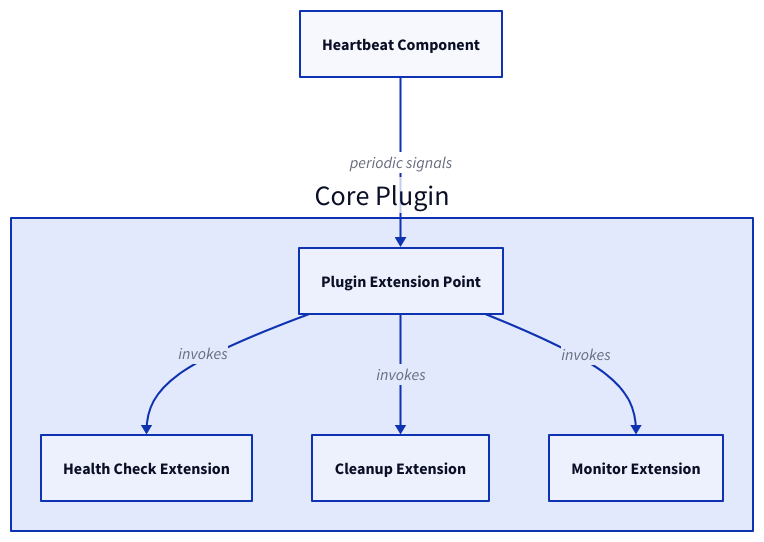
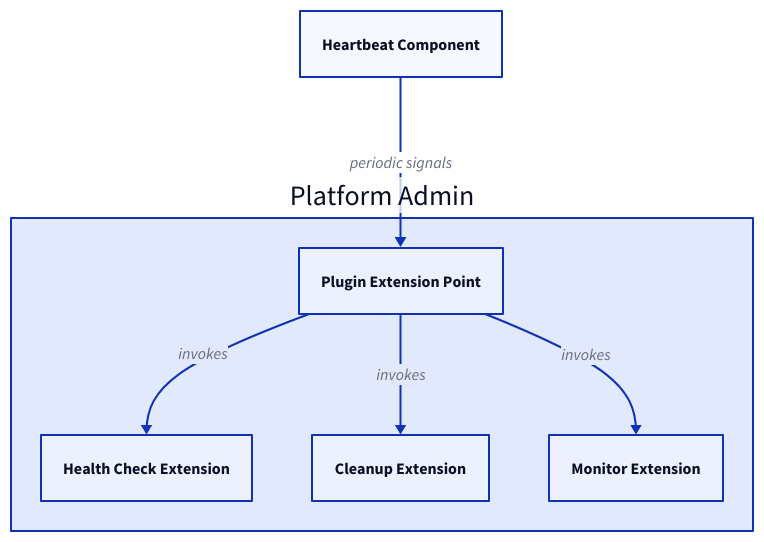
The third of 3 diagrams in packages/doc/docs-app/components/heartbeat.md (ReventlessDev/reventless-core), drawn with D2 before and after one commit. The commit also changed other lines of this file and 92 other files, not shown here.

````diff
--- a/packages/doc/docs-app/components/heartbeat.md
+++ b/packages/doc/docs-app/components/heartbeat.md
@@ -114,17 +114,17 @@
 ```d2
 Heartbeat: Heartbeat Component { class: heartbeat }
 
-CorePlugin: Core Plugin { 
+Admin: Platform Admin {
   class: plugin-area
   ExtensionPoint: Plugin Extension Point { class: extension-point }
   HealthExt: Health Check Extension { class: extension }
   CleanupExt: Cleanup Extension { class: extension }
   MonitorExt: Monitor Extension { class: extension }
 
   ExtensionPoint -> HealthExt: invokes
   ExtensionPoint -> CleanupExt: invokes
   ExtensionPoint -> MonitorExt: invokes
 }
 
-Heartbeat -> CorePlugin.ExtensionPoint: periodic signals
+Heartbeat -> Admin.ExtensionPoint: periodic signals
 ```
````
